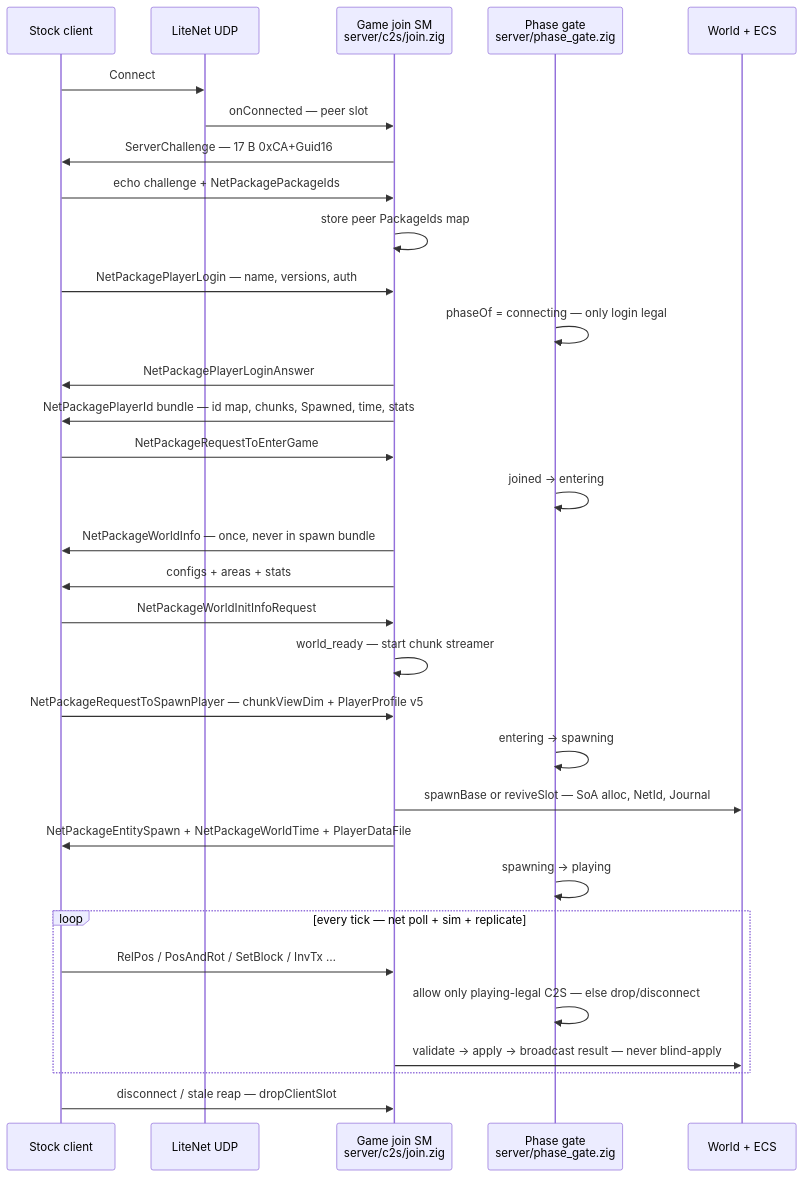
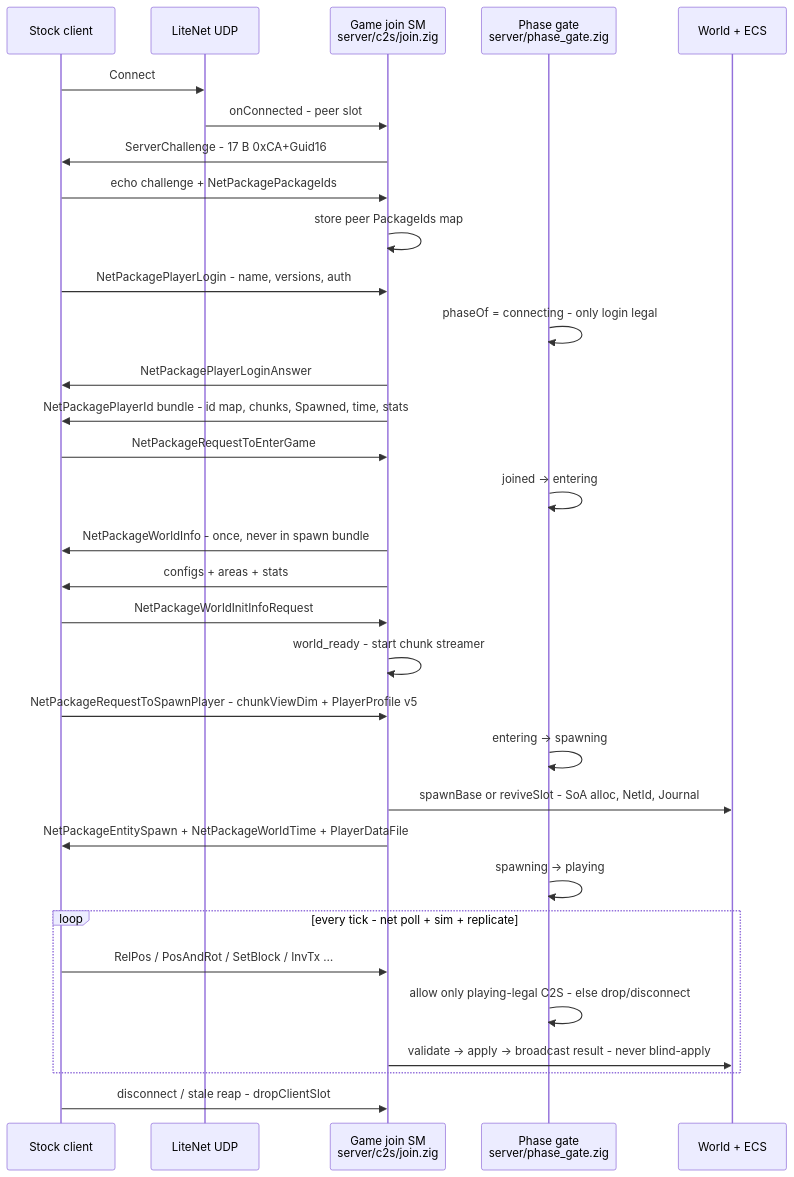
The seventh of 19 diagrams in docs/ARCHITECTURE.md (hordeforge/zdtd-server), drawn with Mermaid before and after one commit. The commit also changed other lines of this file and 118 other files, not shown here.

````diff
--- a/docs/ARCHITECTURE.md
+++ b/docs/ARCHITECTURE.md
@@ -317,35 +317,35 @@
 ```mermaid
 sequenceDiagram
     participant Client as Stock client
     participant LiteNet as LiteNet UDP
     participant Game as Game join SM<br/>server/c2s/join.zig
     participant Gate as Phase gate<br/>server/phase_gate.zig
     participant World as World + ECS
 
     Client->>LiteNet: Connect
-    LiteNet->>Game: onConnected — peer slot
-    Game->>Client: ServerChallenge — 17 B 0xCA+Guid16
+    LiteNet->>Game: onConnected - peer slot
+    Game->>Client: ServerChallenge - 17 B 0xCA+Guid16
     Client->>Game: echo challenge + NetPackagePackageIds
     Game->>Game: store peer PackageIds map
-    Client->>Game: NetPackagePlayerLogin — name, versions, auth
-    Gate->>Gate: phaseOf = connecting — only login legal
+    Client->>Game: NetPackagePlayerLogin - name, versions, auth
+    Gate->>Gate: phaseOf = connecting - only login legal
     Game->>Client: NetPackagePlayerLoginAnswer
-    Game->>Client: NetPackagePlayerId bundle — id map, chunks, Spawned, time, stats
+    Game->>Client: NetPackagePlayerId bundle - id map, chunks, Spawned, time, stats
     Client->>Game: NetPackageRequestToEnterGame
     Gate->>Gate: joined → entering
-    Game->>Client: NetPackageWorldInfo — once, never in spawn bundle
+    Game->>Client: NetPackageWorldInfo - once, never in spawn bundle
     Game->>Client: configs + areas + stats
     Client->>Game: NetPackageWorldInitInfoRequest
-    Game->>Game: world_ready — start chunk streamer
-    Client->>Game: NetPackageRequestToSpawnPlayer — chunkViewDim + PlayerProfile v5
+    Game->>Game: world_ready - start chunk streamer
+    Client->>Game: NetPackageRequestToSpawnPlayer - chunkViewDim + PlayerProfile v5
     Gate->>Gate: entering → spawning
-    Game->>World: spawnBase or reviveSlot — SoA alloc, NetId, Journal
+    Game->>World: spawnBase or reviveSlot - SoA alloc, NetId, Journal
     Game->>Client: NetPackageEntitySpawn + NetPackageWorldTime + PlayerDataFile
     Gate->>Gate: spawning → playing
-    loop every tick — net poll + sim + replicate
+    loop every tick - net poll + sim + replicate
         Client->>Game: RelPos / PosAndRot / SetBlock / InvTx …
-        Gate->>Gate: allow only playing-legal C2S — else drop/disconnect
-        Game->>World: validate → apply → broadcast result — never blind-apply
+        Gate->>Gate: allow only playing-legal C2S - else drop/disconnect
+        Game->>World: validate → apply → broadcast result - never blind-apply
     end
-    Client->>Game: disconnect / stale reap — dropClientSlot
+    Client->>Game: disconnect / stale reap - dropClientSlot
 ```
````
